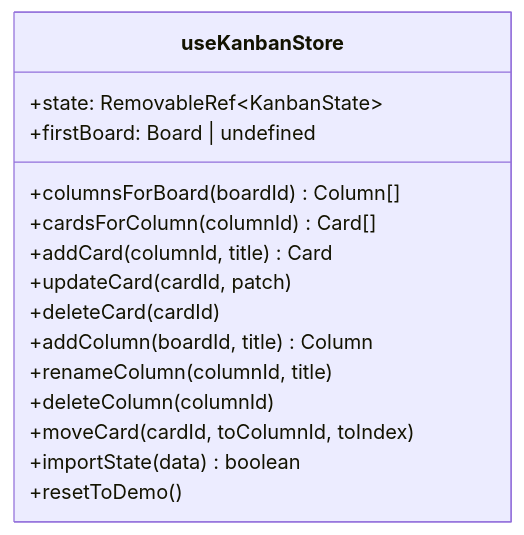
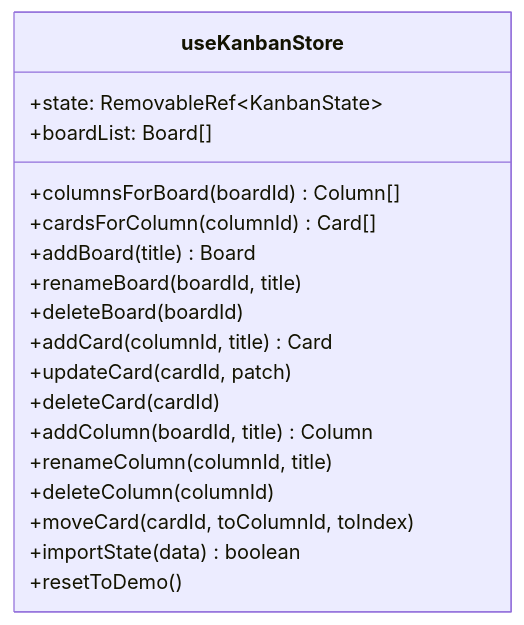
Before and after one commit to 0quasarquantum0/Kanban_Vue: the fifth of 8 diagrams in docs/architecture.md, drawn with Mermaid. The commit also changed other lines of this file and 11 other files, not shown here.

````diff
--- a/docs/architecture.md
+++ b/docs/architecture.md
@@ -93,18 +105,21 @@
 ```mermaid
 classDiagram
   class useKanbanStore {
     +state: RemovableRef~KanbanState~
-    +firstBoard: Board | undefined
+    +boardList: Board[]
     +columnsForBoard(boardId) Column[]
     +cardsForColumn(columnId) Card[]
+    +addBoard(title) Board
+    +renameBoard(boardId, title)
+    +deleteBoard(boardId)
     +addCard(columnId, title) Card
     +updateCard(cardId, patch)
     +deleteCard(cardId)
     +addColumn(boardId, title) Column
     +renameColumn(columnId, title)
     +deleteColumn(columnId)
     +moveCard(cardId, toColumnId, toIndex)
     +importState(data) boolean
     +resetToDemo()
   }
 ```
````
